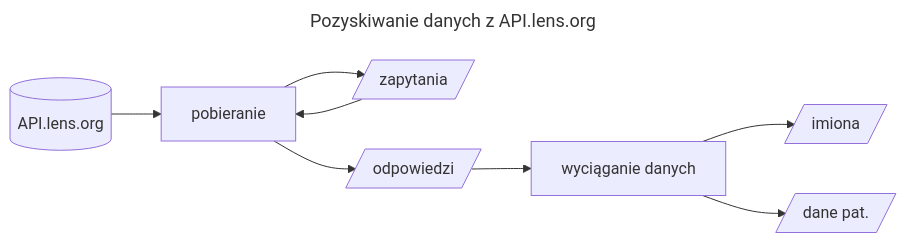
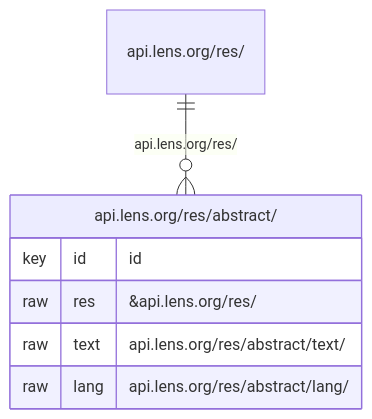
One commit to adamAfro/UPRP changed the second of 33 diagrams in node/readme.md. Above: the diagram before and after it, drawn with Mermaid. The commit also changed other lines of this file and 6 other files, not shown here.

Commit message:
optymalizacja profilowania danych i schemat

````diff
--- a/node/readme.md
+++ b/node/readme.md
@@ -103,20 +58,11 @@
 ```mermaid
----
-title: Pozyskiwanie danych z API.lens.org
----
-graph LR
-API[(API.lens.org)];              click API "https://api.lens.org"
-fetch.py[pobieranie];             click fetch.py "./api.lens.org/fetch.py"
-req/*.json[/zapytania/];          click req/*.json "./api.lens.org/req"
-res/*.json[/odpowiedzi/];         click res/*.json "./api.lens.org/res"
-frame.py[wyciąganie danych];      click frame.py "./api.lens.org/frame.py"
+erDiagram
 
-API --> fetch.py --> res/*.json --> frame.py
-fetch.py --> req/*.json --> fetch.py
+"api.lens.org/res/abstract/"{
+  key id "id"
+  raw res "&api.lens.org/res/"
+  raw text "api.lens.org/res/abstract/text/"
+  raw lang "api.lens.org/res/abstract/lang/" }
+"api.lens.org/res/" ||--o{ "api.lens.org/res/abstract/" : "api.lens.org/res/"
 
-names.csv[/imiona/];              click names.csv "./api.uprp.gov.pl/names.csv"
-patents.csv[/dane pat./];         click patents.csv "./api.uprp.gov.pl/patents.csv"
-
-frame.py --> names.csv
-frame.py --> patents.csv
 ```
````
